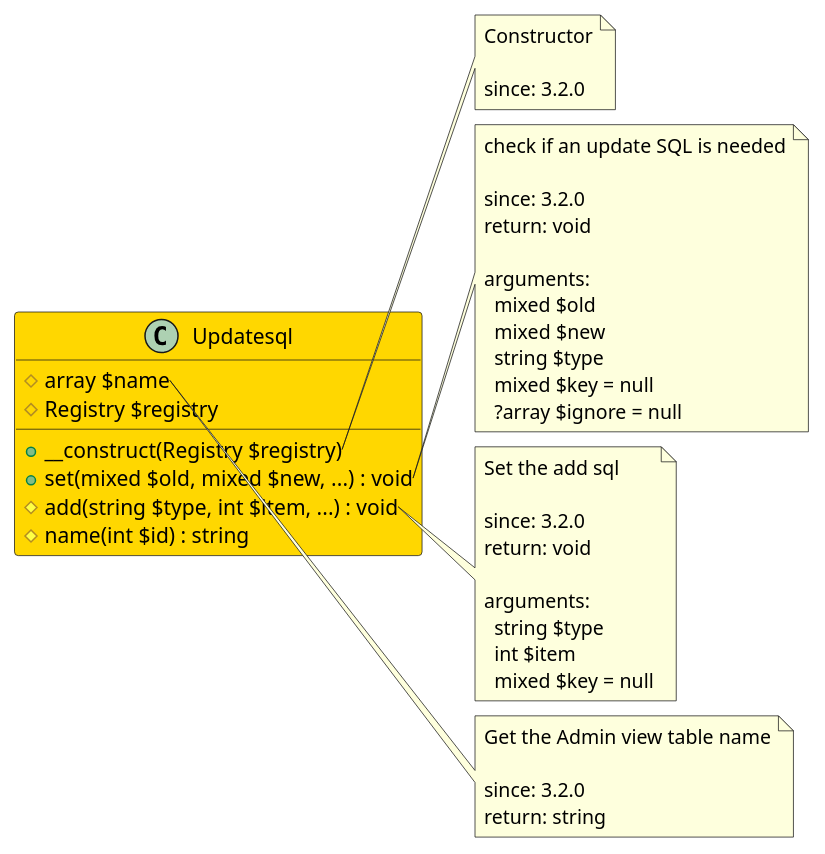
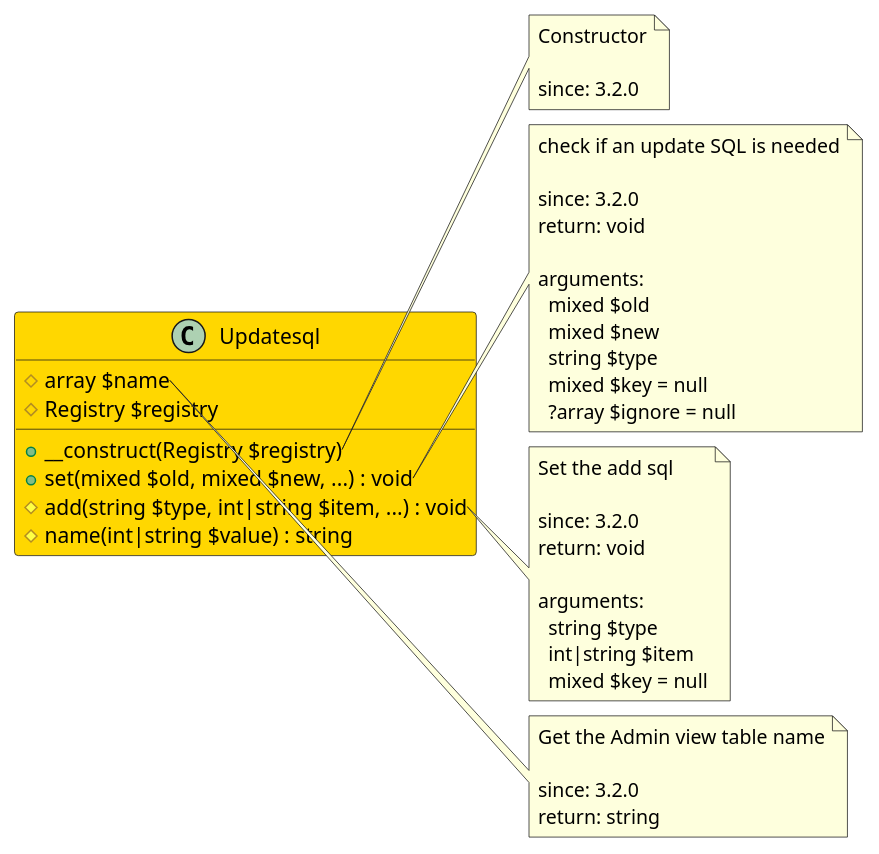
The diagram in src/b80296eb-4718-4ed3-894d-69f3ac293733/README.md (joomengine/jcb-compiler), drawn with PlantUML before and after one commit. The commit also changed 119 other files, not shown here.

````diff
--- a/src/b80296eb-4718-4ed3-894d-69f3ac293733/README.md
+++ b/src/b80296eb-4718-4ed3-894d-69f3ac293733/README.md
@@ -12,52 +12,52 @@
 ```uml
 @startuml
 class Updatesql  #Gold {
   # array $name
   # Registry $registry
   + __construct(Registry $registry)
   + set(mixed $old, mixed $new, ...) : void
-  # add(string $type, int $item, ...) : void
-  # name(int $id) : string
+  # add(string $type, int|string $item, ...) : void
+  # name(int|string $value) : string
 }
 
 note right of Updatesql::__construct
   Constructor
 
   since: 3.2.0
 end note
 
 note right of Updatesql::set
   check if an update SQL is needed
 
   since: 3.2.0
   return: void
   
   arguments:
     mixed $old
     mixed $new
     string $type
     mixed $key = null
     ?array $ignore = null
 end note
 
 note right of Updatesql::add
   Set the add sql
 
   since: 3.2.0
   return: void
   
   arguments:
     string $type
-    int $item
+    int|string $item
     mixed $key = null
 end note
 
 note right of Updatesql::name
   Get the Admin view table name
 
   since: 3.2.0
   return: string
 end note
  
 @enduml
 ```
````
